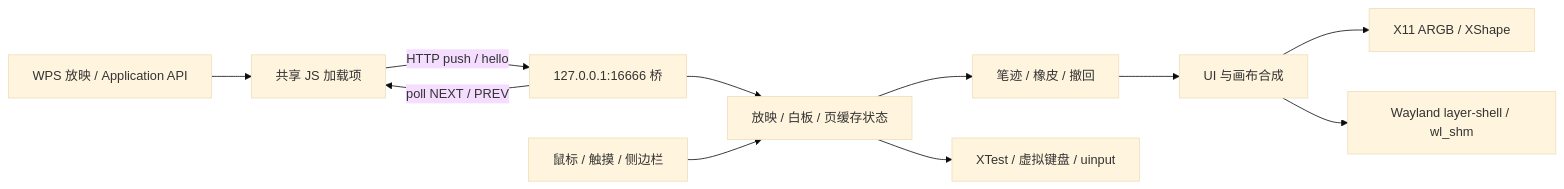
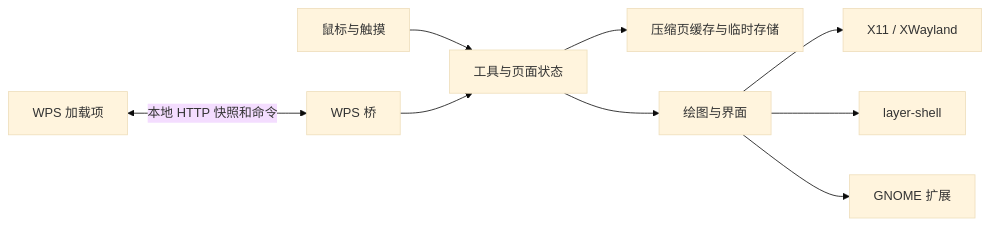
The diagram in docs/PROJECT_ANALYSIS.md (offduckling4825/Sidera--screen-annotate-for-linux), drawn with Mermaid (base theme) before and after one commit. The commit also changed other lines of this file and 78 other files, not shown here.

````diff
--- a/docs/PROJECT_ANALYSIS.md
+++ b/docs/PROJECT_ANALYSIS.md
@@ -46,13 +32,11 @@
 ```mermaid
 flowchart LR
-    WPS[WPS 放映 / Application API] --> JS[共享 JS 加载项]
-    JS -->|HTTP push / hello| BR[127.0.0.1:16666 桥]
-    BR -->|poll NEXT / PREV| JS
-    BR --> STATE[放映 / 白板 / 页缓存状态]
-    INPUT[鼠标 / 触摸 / 侧边栏] --> STATE
-    STATE --> DRAW[笔迹 / 橡皮 / 撤回]
-    DRAW --> UI[UI 与画布合成]
-    UI --> X[X11 ARGB / XShape]
-    UI --> WL[Wayland layer-shell / wl_shm]
-    STATE --> KEY[XTest / 虚拟键盘 / uinput]
+    INPUT[鼠标与触摸] --> CORE[工具与页面状态]
+    WPS[WPS 加载项] <-->|本地 HTTP 快照和命令| BRIDGE[WPS 桥]
+    BRIDGE --> CORE
+    CORE --> CACHE[压缩页缓存与临时存储]
+    CORE --> DRAW[绘图与界面]
+    DRAW --> X11[X11 / XWayland]
+    DRAW --> LAYER[layer-shell]
+    DRAW --> GNOME[GNOME 扩展]
 ```
````
